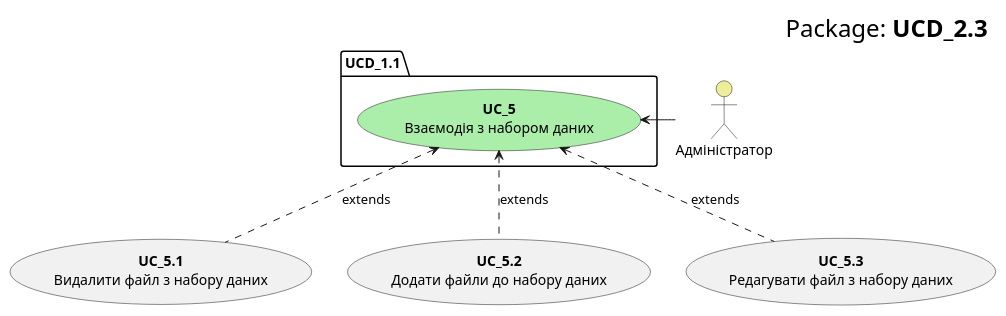
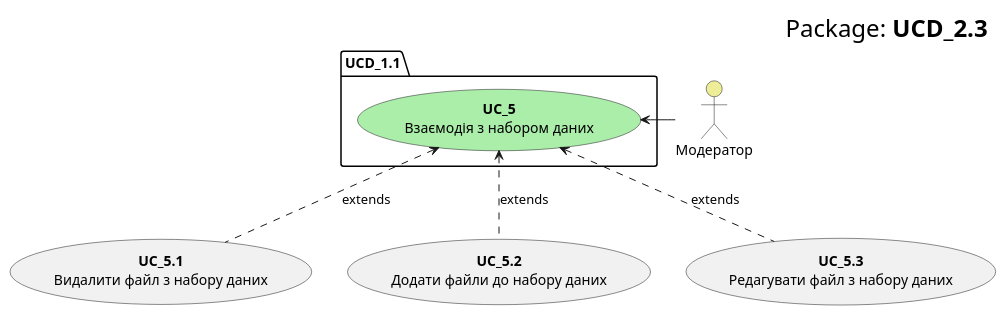
Before and after one commit to KarmazinN/db_open_data: the diagram in src/uml/usecase25.puml, drawn with PlantUML.

```diff
--- a/src/uml/usecase25.puml
+++ b/src/uml/usecase25.puml
@@ -1,21 +1,21 @@
 @startuml
     right header
         <font size=24 color=black>Package:<b> UCD_2.3
     end header
 
     package UCD_1.1 {
         usecase "<b>UC_5</b>\nВзаємодія з набором даних" as UC_3 #aaeeaa
     }
     
-    actor "Адміністратор" as Admin #eeee99
+    actor "Модератор" as Admin #eeee99
     Admin -l-> UC_3
     
     usecase "<b>UC_5.1</b>\nВидалити файл з набору даних" as UC_1.1
     usecase "<b>UC_5.2</b>\nДодати файли до набору даних" as UC_1.2
     usecase "<b>UC_5.3</b>\nРедагувати файл з набору даних" as UC_1.3
     
     UC_1.1 .u.> UC_3: extends
     UC_1.2 .u.> UC_3: extends
     UC_1.3 .u.> UC_3: extends
     
 @enduml
```
